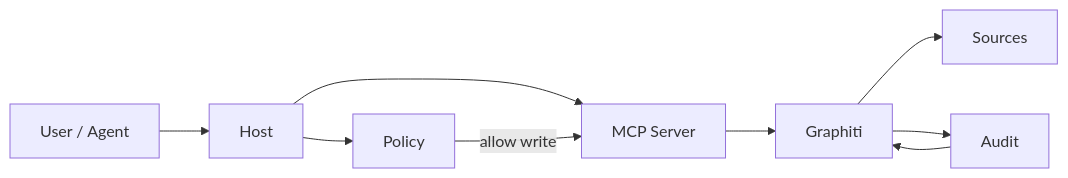
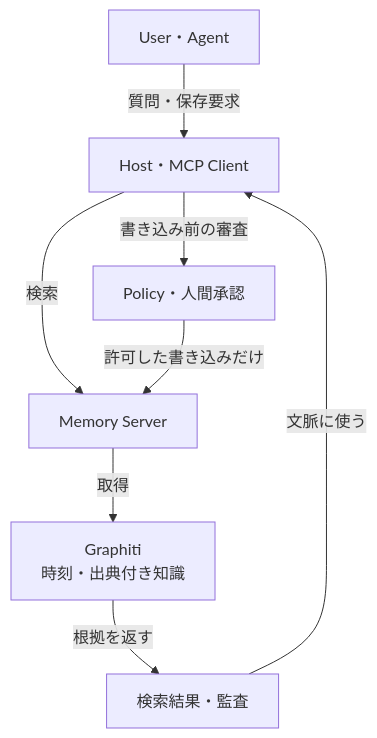
The first of 5 diagrams in articles/report/graphiti-mcp-memory/ja/index.mdx (daylight55/research), drawn with Mermaid before and after one commit. The commit also changed other lines of this file and 181 other files, not shown here.

First line of the commit message:
全記事の図解368点を再生成し、共通注意書きを削除 (#402)

````diff
--- a/articles/report/graphiti-mcp-memory/ja/index.mdx
+++ b/articles/report/graphiti-mcp-memory/ja/index.mdx
@@ -32,11 +32,18 @@
 ```mermaid
-flowchart LR
-  U["User / Agent"] --> H["Host"]
-  H --> M["MCP Server"]
-  M --> G["Graphiti"]
-  G --> S["Sources"]
-  G --> A["Audit"]
-  A --> G
-  H --> P["Policy"]
-  P -->|allow write| M
+flowchart TD
+  accTitle: Graphitiの検索・書き込みと承認の境界
+  accDescr: HostがMCP越しに時刻付き知識を取得する。保存や更新は読み取りと分け、Policyで実行可否を決める。
+  N0["User・Agent"]
+  N1["Host・MCP Client"]
+  N2["Memory Server"]
+  N3["Graphiti<br/>時刻・出典付き知識"]
+  N4["検索結果・監査"]
+  N5["Policy・人間承認"]
+  N0 -->|質問・保存要求| N1
+  N1 -->|検索| N2
+  N2 -->|取得| N3
+  N3 -->|根拠を返す| N4
+  N4 -->|文脈に使う| N1
+  N1 -->|書き込み前の審査| N5
+  N5 -->|許可した書き込みだけ| N2
 ```
````
